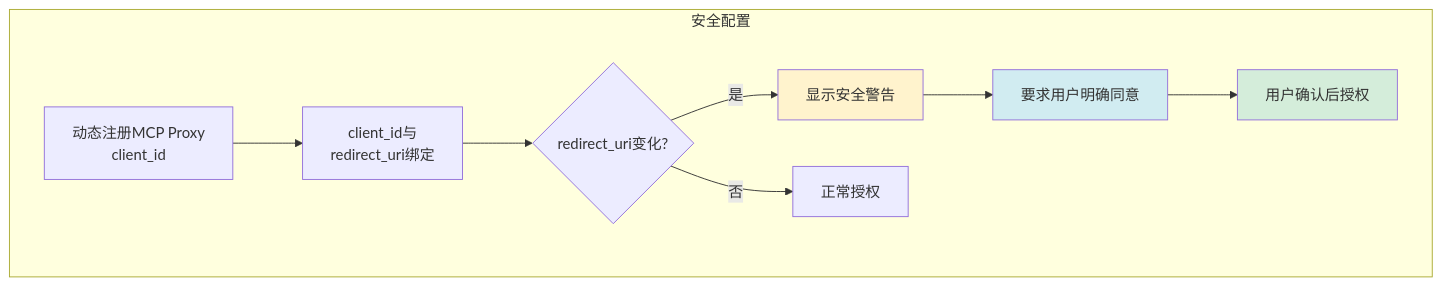
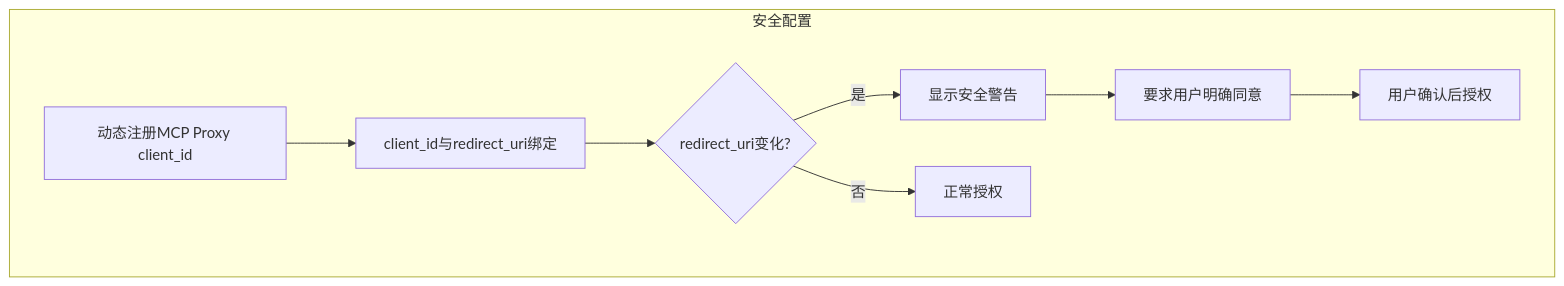
One commit to SilenceDiors/silencediors.github.io changed the fifth of 6 diagrams in _posts/2025-11-26-mcp-oauth-threat-analysis.md. Above: the diagram before and after it, drawn with Mermaid. The commit also changed other lines of this file and 4 other files, not shown here.

Commit message:
Fix mermaid rendering: unify diagrams to fenced code blocks, robust JS converter

````diff
--- a/_posts/2025-11-26-mcp-oauth-threat-analysis.md
+++ b/_posts/2025-11-26-mcp-oauth-threat-analysis.md
@@ -395,15 +386,11 @@
-<div class="mermaid">
+```mermaid
 graph TB
-    subgraph "安全配置"
-        A[动态注册MCP Proxy<br/>client_id] --> B[client_id与<br/>redirect_uri绑定]
+    subgraph 安全配置
+        A[动态注册MCP Proxy client_id] --> B[client_id与redirect_uri绑定]
         B --> C{redirect_uri变化?}
         C -->|是| D[显示安全警告]
         C -->|否| E[正常授权]
         D --> F[要求用户明确同意]
         F --> G[用户确认后授权]
     end
-    
-    style D fill:#fff3cd
-    style F fill:#d1ecf1
-    style G fill:#d4edda
-</div>
+```
````
